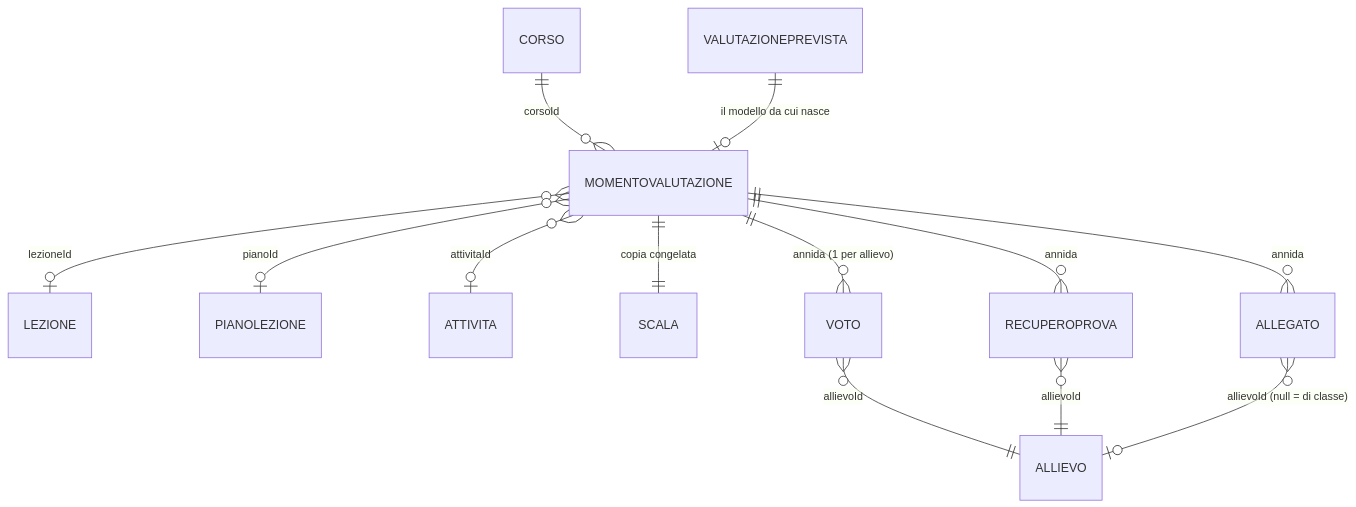
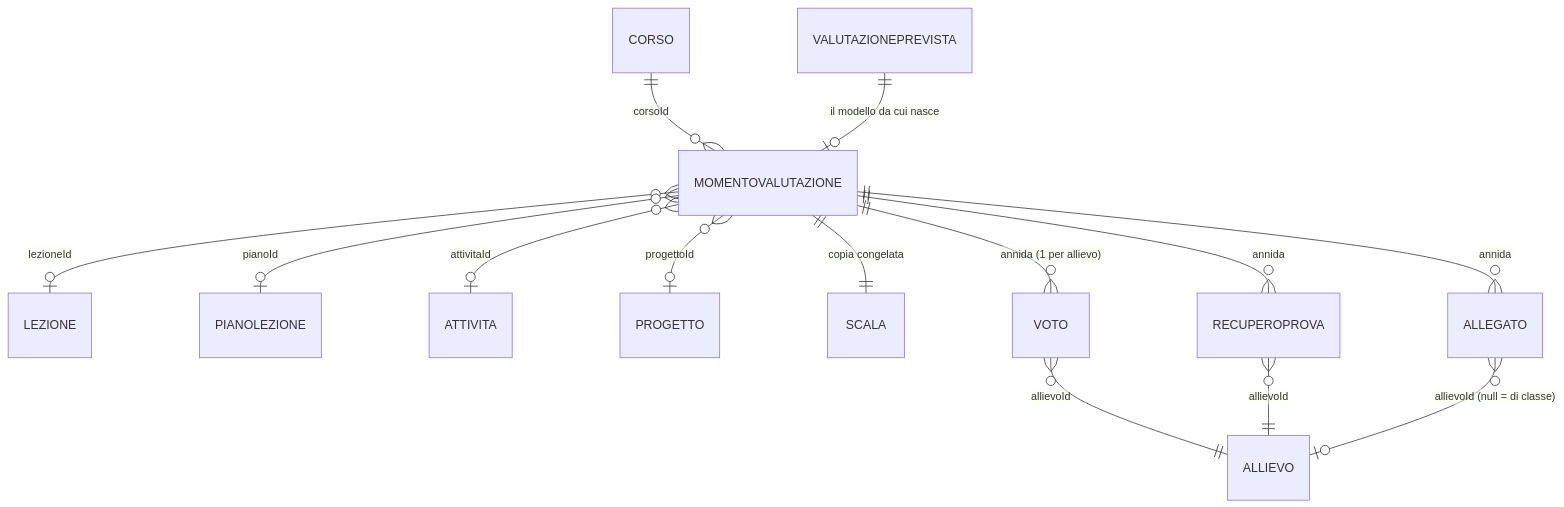
One commit to nabre/Registro changed the third of 4 diagrams in docs/MODELLO-DATI.md. Above: the diagram before and after it, drawn with Mermaid. The commit also changed other lines of this file and 335 other files, not shown here.

````diff
--- a/docs/MODELLO-DATI.md
+++ b/docs/MODELLO-DATI.md
@@ -121,18 +125,19 @@
 ```mermaid
 erDiagram
     CORSO ||--o{ MOMENTOVALUTAZIONE : "corsoId"
     MOMENTOVALUTAZIONE }o--o| LEZIONE : "lezioneId"
     MOMENTOVALUTAZIONE }o--o| PIANOLEZIONE : "pianoId"
     MOMENTOVALUTAZIONE }o--o| ATTIVITA : "attivitaId"
+    MOMENTOVALUTAZIONE }o--o| PROGETTO : "progettoId"
 
     MOMENTOVALUTAZIONE ||--|| SCALA : "copia congelata"
     MOMENTOVALUTAZIONE ||--o{ VOTO : "annida (1 per allievo)"
     MOMENTOVALUTAZIONE ||--o{ RECUPEROPROVA : "annida"
     MOMENTOVALUTAZIONE ||--o{ ALLEGATO : "annida"
 
     VOTO }o--|| ALLIEVO : "allievoId"
     RECUPEROPROVA }o--|| ALLIEVO : "allievoId"
     ALLEGATO }o--o| ALLIEVO : "allievoId (null = di classe)"
 
     VALUTAZIONEPREVISTA ||--o| MOMENTOVALUTAZIONE : "il modello da cui nasce"
 ```
````
